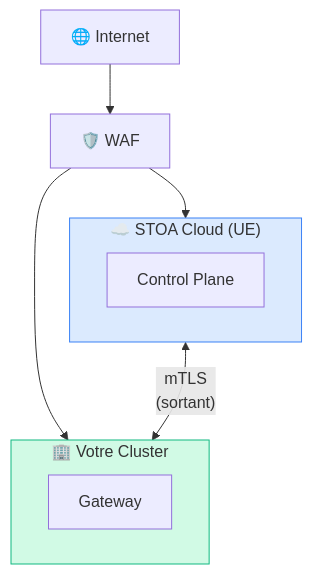
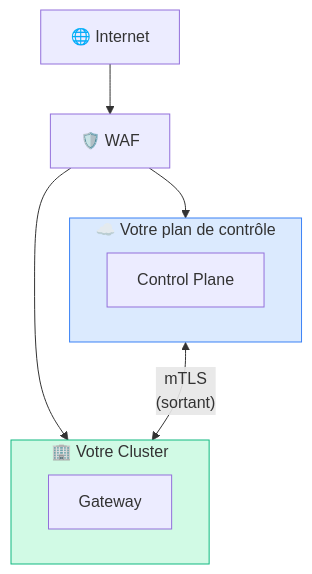
Before and after one commit to stoa-platform/stoa-docs: the fourth of 4 diagrams in i18n/fr/docusaurus-plugin-content-docs/current/deployment/hybrid.md, drawn with Mermaid. The commit also changed other lines of this file and 87 other files, not shown here.

````diff
--- a/i18n/fr/docusaurus-plugin-content-docs/current/deployment/hybrid.md
+++ b/i18n/fr/docusaurus-plugin-content-docs/current/deployment/hybrid.md
@@ -230,21 +234,21 @@
 ```mermaid
 flowchart TB
     Internet["🌐 Internet"]
     WAF["🛡️ WAF"]
 
-    subgraph Cloud["☁️ STOA Cloud (UE)"]
+    subgraph Cloud["☁️ Votre plan de contrôle"]
         CP["Control Plane"]
     end
 
     subgraph OnPrem["🏢 Votre Cluster"]
         GW["Gateway"]
     end
 
     Internet --> WAF
     WAF --> Cloud
     WAF --> OnPrem
     Cloud <-->|"mTLS<br/>(sortant)"| OnPrem
 
     style Cloud fill:#dbeafe,stroke:#3b82f6
     style OnPrem fill:#d1fae5,stroke:#10b981
 ```
````
